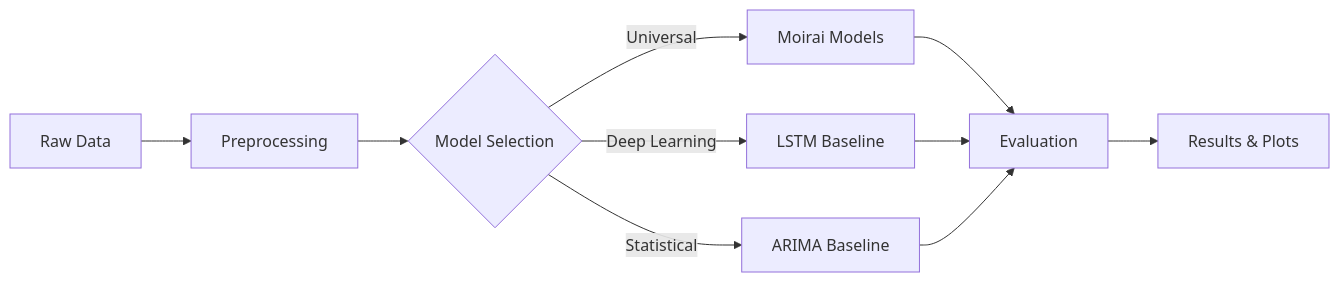
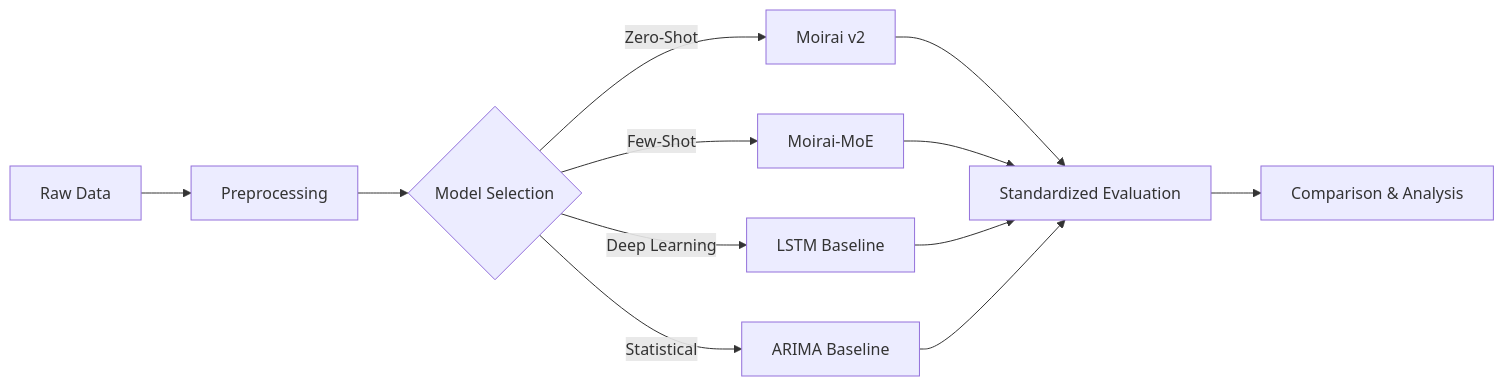
One commit to luckedenn/Moirai_forecasting changed the first of 2 diagrams in README.md. Above: the diagram before and after it, drawn with Mermaid. The commit also changed other lines of this file and 69 other files, not shown here.

````diff
--- a/README.md
+++ b/README.md
@@ -20,12 +20,14 @@
 ```mermaid
 graph LR
     A[Raw Data] --> B[Preprocessing]
     B --> C{Model Selection}
-    C -->|Universal| D[Moirai Models]
-    C -->|Deep Learning| E[LSTM Baseline]
-    C -->|Statistical| F[ARIMA Baseline]
-    D --> G[Evaluation]
-    E --> G
-    F --> G
-    G --> H[Results & Plots]
+    C -->|Zero-Shot| D[Moirai v2]
+    C -->|Few-Shot| E[Moirai-MoE]
+    C -->|Deep Learning| F[LSTM Baseline]
+    C -->|Statistical| G[ARIMA Baseline]
+    D --> H[Standardized Evaluation]
+    E --> H
+    F --> H
+    G --> H
+    H --> I[Comparison & Analysis]
 ```
````
